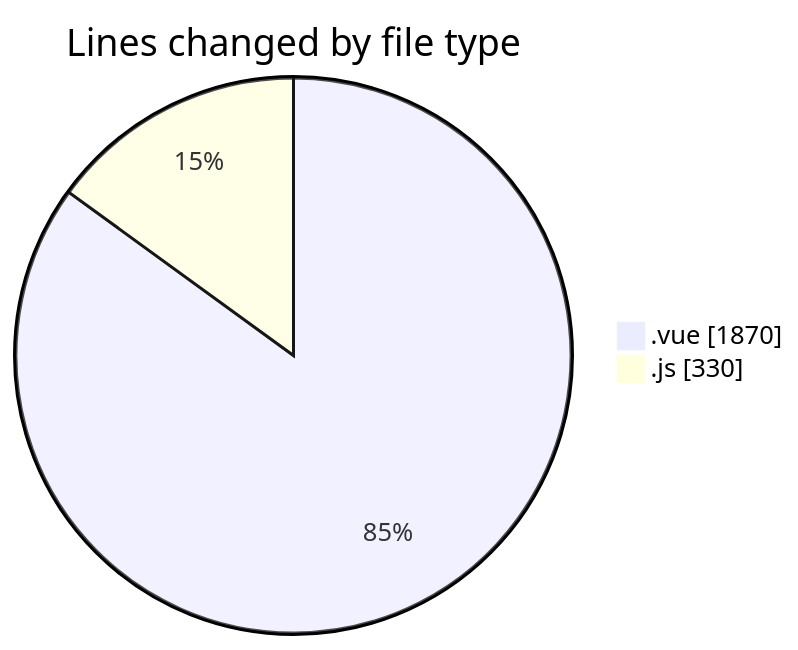
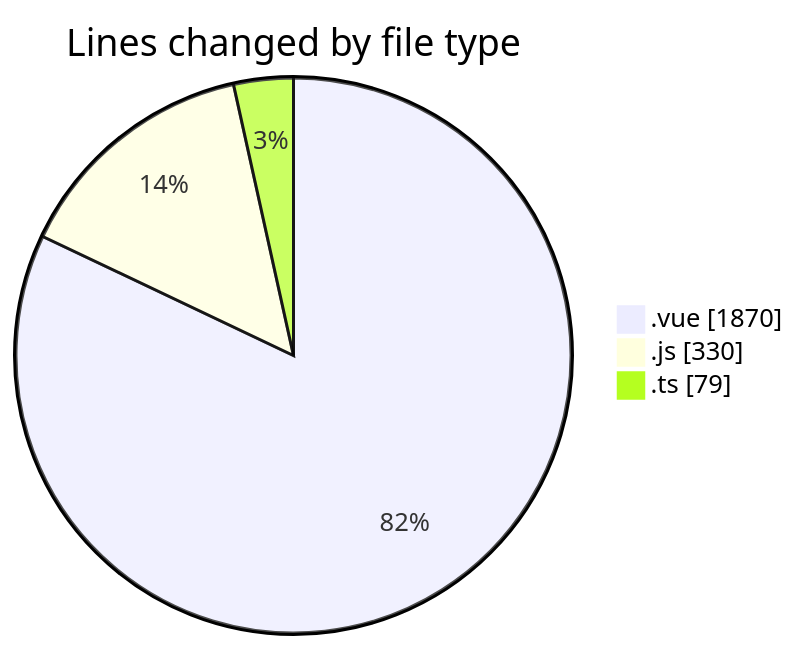
One commit to lephambinh05/code-tracking changed the first of 2 diagrams in 2025-07-14/rentotp/README.md. Above: the diagram before and after it, drawn with Mermaid. The commit also changed other lines of this file and 1 other file, not shown here.

````diff
--- a/2025-07-14/rentotp/README.md
+++ b/2025-07-14/rentotp/README.md
@@ -27,6 +30,7 @@
 ```mermaid
 pie showData
 title Lines changed by file type
 ".vue" : 1870
 ".js" : 330
+".ts" : 79
 ```
````
